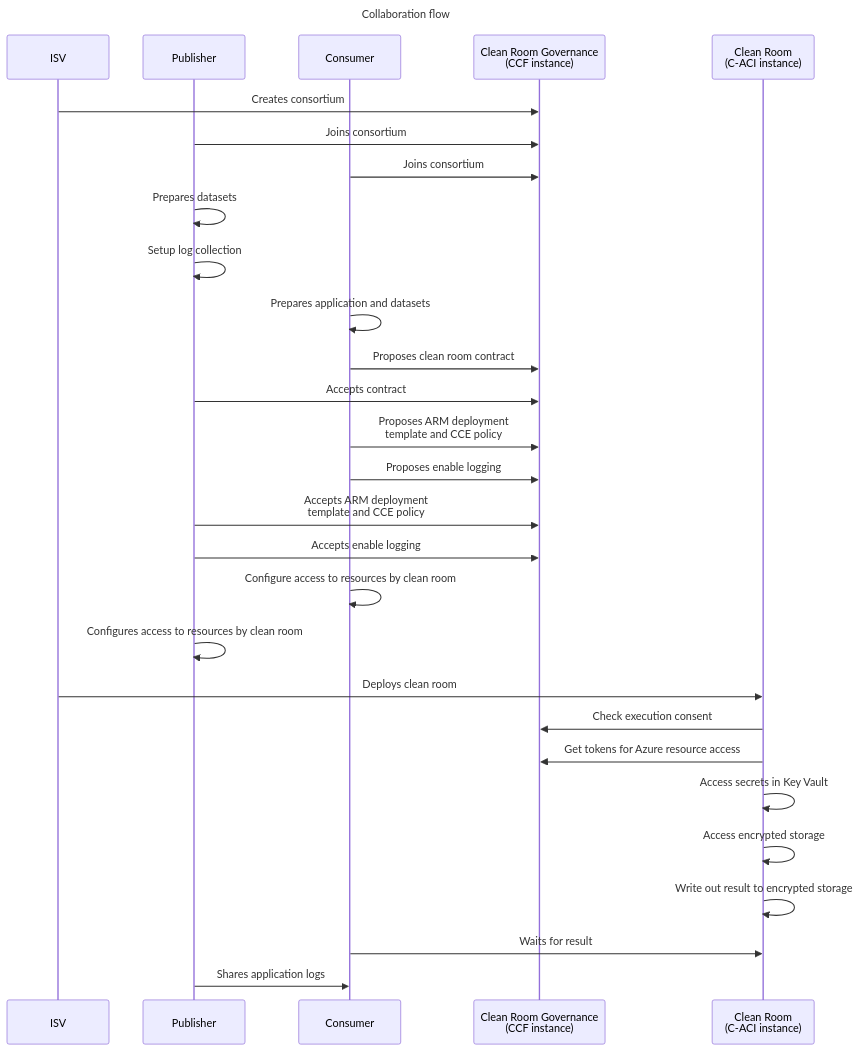
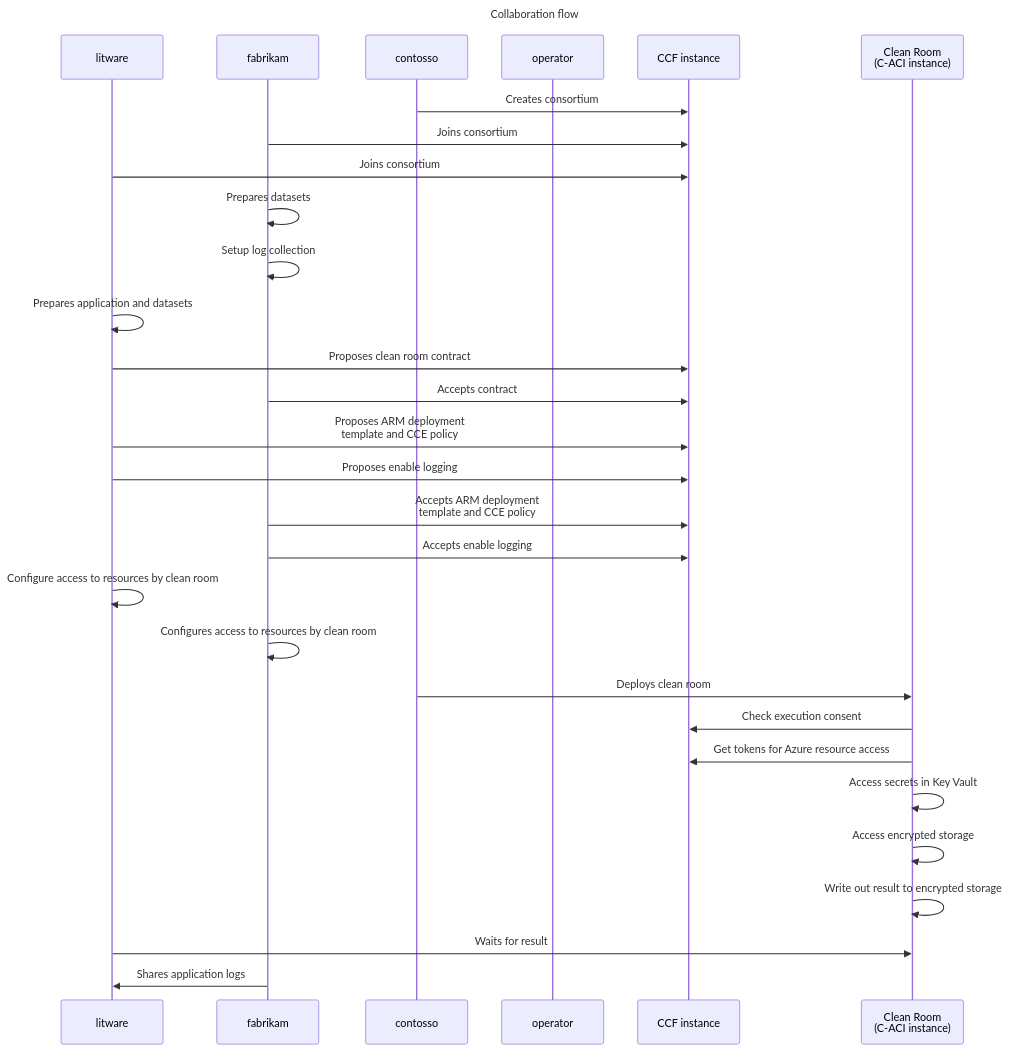
The first of 5 diagrams in README.md (hprabh/azure-cleanroom-samples), drawn with Mermaid before and after one commit. The commit also changed other lines of this file and 20 other files, not shown here.

````diff
--- a/README.md
+++ b/README.md
@@ -134,32 +134,38 @@
 ```mermaid
 sequenceDiagram
     title Collaboration flow
-    participant m2 as ISV
-    participant m1 as Publisher
-    participant m0 as Consumer
-    participant CCF as Clean Room Governance<br>(CCF instance)
+    participant m0 as litware
+    participant m1 as fabrikam
+    participant m2 as contosso
+    participant mx as operator
+    participant CCF as CCF instance
+
+    %% participant m2 as ISV
+    %% participant m1 as Publisher
+    %% participant m0 as Consumer
+    %% participant CCF as Clean Room Governance<br>(CCF instance)
     participant CACI as Clean Room<br> (C-ACI instance)
 
     m2->>CCF: Creates consortium
     m1->>CCF: Joins consortium
     m0->>CCF: Joins consortium
     m1->>m1: Prepares datasets
     m1->>m1: Setup log collection
     m0->>m0: Prepares application and datasets
     m0->>CCF: Proposes clean room contract
     m1->>CCF: Accepts contract
     m0->>CCF: Proposes ARM deployment<br> template and CCE policy
     m0->>CCF: Proposes enable logging
     m1->>CCF: Accepts ARM deployment<br> template and CCE policy
     m1->>CCF: Accepts enable logging
     m0->>m0: Configure access to resources by clean room
     m1->>m1: Configures access to resources by clean room
     m2->>CACI: Deploys clean room
     CACI->>CCF: Check execution consent
     CACI->>CCF: Get tokens for Azure resource access
     CACI->>CACI: Access secrets in Key Vault
     CACI->>CACI: Access encrypted storage
     CACI->>CACI: Write out result to encrypted storage
     m0->>CACI: Waits for result
     m1->>m0: Shares application logs
 ```
````
